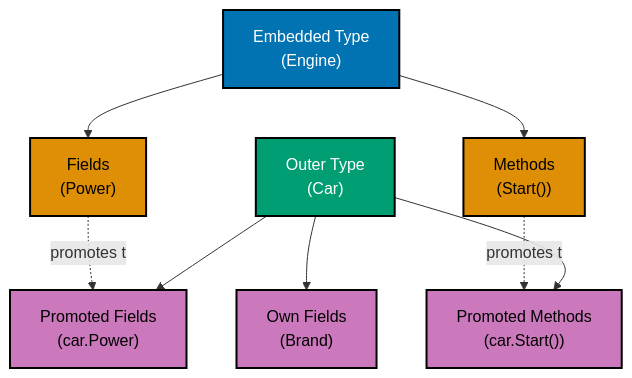
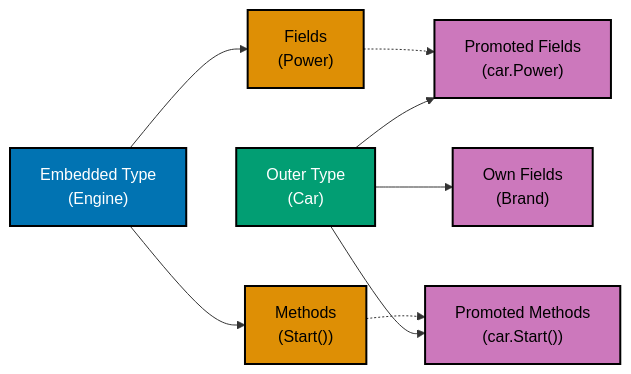
The tenth of 10 diagrams in docs/explanation/software-engineering/programming-languages/golang/design-patterns.md (wahidyankf/open-sharia-enterprise), drawn with Mermaid before and after one commit. The commit also changed other lines of this file and 11 other files, not shown here.

First line of the commit message:
fix(docs): fix mermaid violations in golang docs

````diff
--- a/docs/explanation/software-engineering/programming-languages/golang/design-patterns.md
+++ b/docs/explanation/software-engineering/programming-languages/golang/design-patterns.md
@@ -3183,20 +3183,20 @@
 ```mermaid
 %% Color Palette: Blue #0173B2, Orange #DE8F05, Teal #029E73, Purple #CC78BC
 %% All colors are color-blind friendly and meet WCAG AA contrast standards
 
-graph TD
+graph LR
   A["Embedded Type<br/>#40;Engine#41;"]:::blue --> B["Fields<br/>#40;Power#41;"]:::orange
   A --> C["Methods<br/>#40;Start#40;#41;#41;"]:::orange
 
   D["Outer Type<br/>#40;Car#41;"]:::teal --> E["Own Fields<br/>#40;Brand#41;"]:::purple
   D --> F["Promoted Fields<br/>#40;car.Power#41;"]:::purple
   D --> G["Promoted Methods<br/>#40;car.Start#40;#41;#41;"]:::purple
 
-  B -.promotes to.-> F
-  C -.promotes to.-> G
+  B -.-> F
+  C -.-> G
 
   classDef blue fill:#0173B2,stroke:#000000,color:#FFFFFF,stroke-width:2px
   classDef orange fill:#DE8F05,stroke:#000000,color:#000000,stroke-width:2px
   classDef teal fill:#029E73,stroke:#000000,color:#FFFFFF,stroke-width:2px
   classDef purple fill:#CC78BC,stroke:#000000,color:#000000,stroke-width:2px
 ```
````
